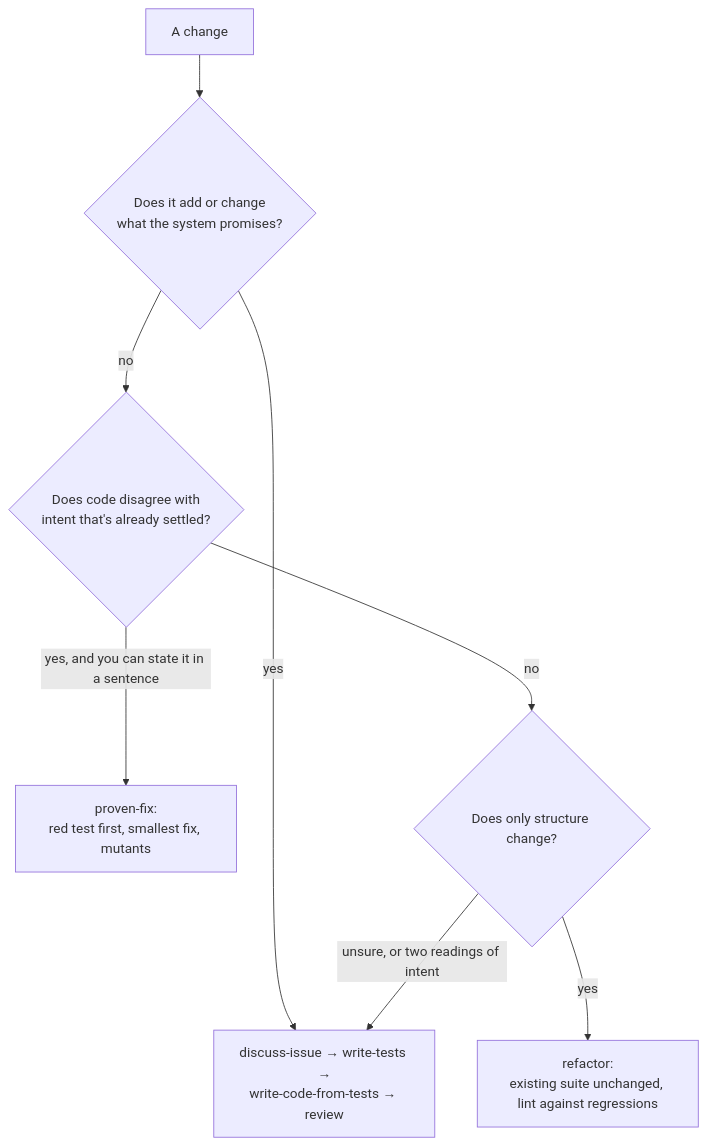
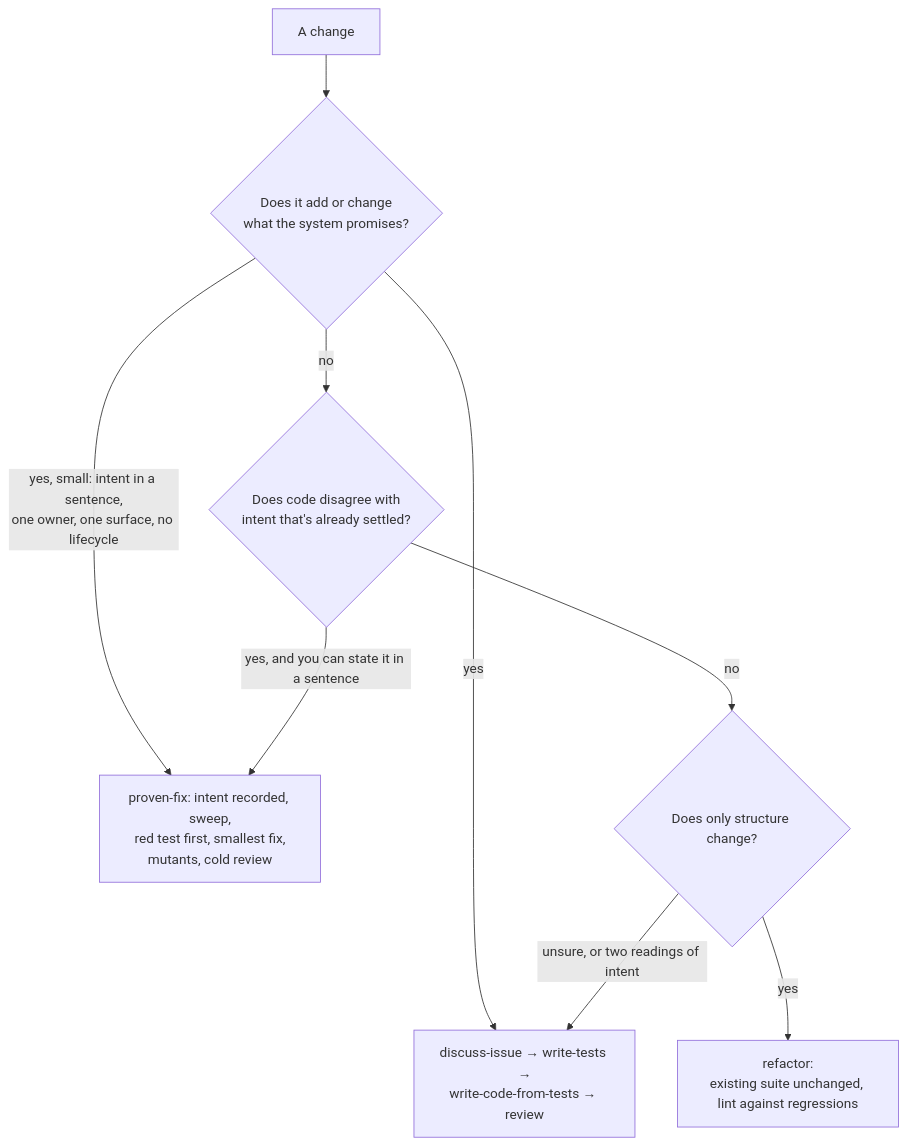
Before and after one commit to beetroot-salad/cyber-response-agent: the third of 3 diagrams in contract-first/docs/design.md, drawn with Mermaid. The commit also changed other lines of this file and 11 other files, not shown here.

First line of the commit message:
contract-first: one shared sorting procedure; proven-fix takes small behavior changes

````diff
--- a/contract-first/docs/design.md
+++ b/contract-first/docs/design.md
@@ -202,10 +224,11 @@
 ```mermaid
 flowchart TD
     S[A change] --> Q1{Does it add or change<br/>what the system promises?}
+    Q1 -->|"yes, small: intent in a sentence,<br/>one owner, one surface, no lifecycle"| PF
     Q1 -->|yes| P[discuss-issue → write-tests →<br/>write-code-from-tests → review]
     Q1 -->|no| Q2{Does code disagree with<br/>intent that's already settled?}
-    Q2 -->|"yes, and you can state it in a sentence"| PF[proven-fix:<br/>red test first, smallest fix, mutants]
+    Q2 -->|"yes, and you can state it in a sentence"| PF[proven-fix: intent recorded, sweep,<br/>red test first, smallest fix,<br/>mutants, cold review]
     Q2 -->|no| Q3{Does only structure change?}
     Q3 -->|yes| RF[refactor:<br/>existing suite unchanged, lint against regressions]
     Q3 -->|"unsure, or two readings of intent"| P
 ```
````
